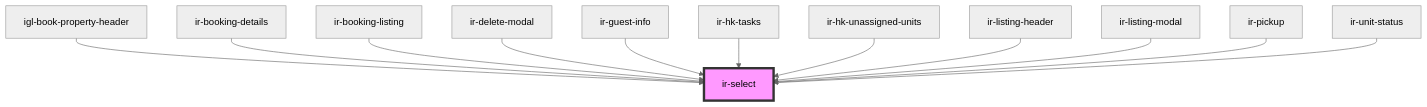
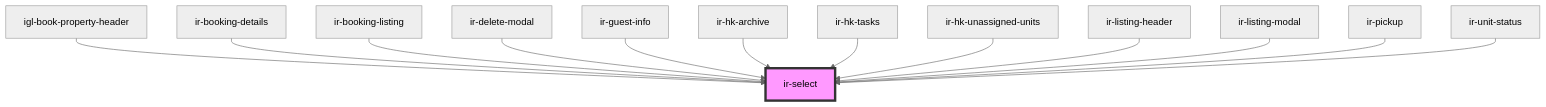
Before and after one commit to David1Chowaifaty/modified-ir-webcmp: the diagram in src/components/ir-select/readme.md, drawn with Mermaid (neutral theme). The commit also changed other lines of this file and 10 other files, not shown here.

````diff
--- a/src/components/ir-select/readme.md
+++ b/src/components/ir-select/readme.md
@@ -58,15 +59,16 @@
 ```mermaid
 graph TD;
   igl-book-property-header --> ir-select
   ir-booking-details --> ir-select
   ir-booking-listing --> ir-select
   ir-delete-modal --> ir-select
   ir-guest-info --> ir-select
+  ir-hk-archive --> ir-select
   ir-hk-tasks --> ir-select
   ir-hk-unassigned-units --> ir-select
   ir-listing-header --> ir-select
   ir-listing-modal --> ir-select
   ir-pickup --> ir-select
   ir-unit-status --> ir-select
   style ir-select fill:#f9f,stroke:#333,stroke-width:4px
 ```
````
